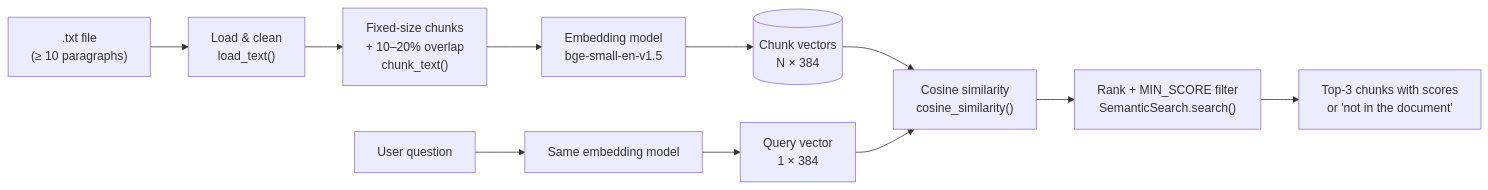
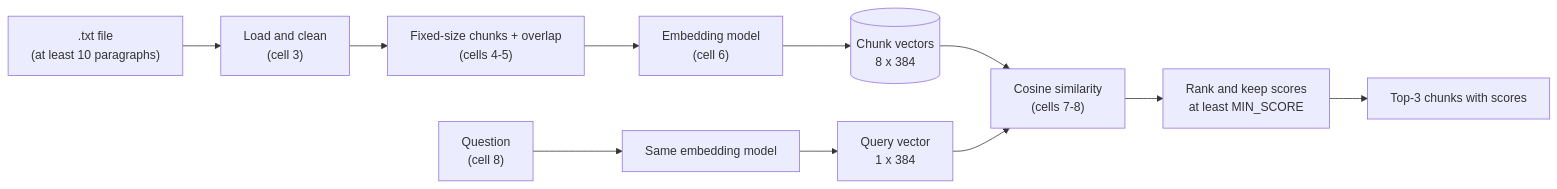
One commit to nxull9/semantic-search-rag-pipeline changed the diagram in docs/TECHNICAL_DOCUMENTATION.md. Above: the diagram before and after it, drawn with Mermaid. The commit also changed other lines of this file and 2 other files, not shown here.

````diff
--- a/docs/TECHNICAL_DOCUMENTATION.md
+++ b/docs/TECHNICAL_DOCUMENTATION.md
@@ -23,13 +21,13 @@
 ```mermaid
 flowchart LR
-    A[".txt file<br/>(≥ 10 paragraphs)"] --> B["Load & clean<br/>load_text()"]
-    B --> C["Fixed-size chunks<br/>+ 10–20% overlap<br/>chunk_text()"]
-    C --> D["Embedding model<br/>bge-small-en-v1.5"]
-    D --> E[("Chunk vectors<br/>N × 384")]
-    Q["User question"] --> D2["Same embedding model"]
-    D2 --> F["Query vector<br/>1 × 384"]
-    E --> G["Cosine similarity<br/>cosine_similarity()"]
+    A[".txt file<br/>(at least 10 paragraphs)"] --> B["Load and clean<br/>(cell 3)"]
+    B --> C["Fixed-size chunks + overlap<br/>(cells 4-5)"]
+    C --> D["Embedding model<br/>(cell 6)"]
+    D --> E[("Chunk vectors<br/>8 x 384")]
+    Q["Question<br/>(cell 8)"] --> D2["Same embedding model"]
+    D2 --> F["Query vector<br/>1 x 384"]
+    E --> G["Cosine similarity<br/>(cells 7-8)"]
     F --> G
-    G --> H["Rank + MIN_SCORE filter<br/>SemanticSearch.search()"]
-    H --> I["Top-3 chunks with scores<br/>or 'not in the document'"]
+    G --> H["Rank and keep scores<br/>at least MIN_SCORE"]
+    H --> I["Top-3 chunks with scores"]
 ```
````
